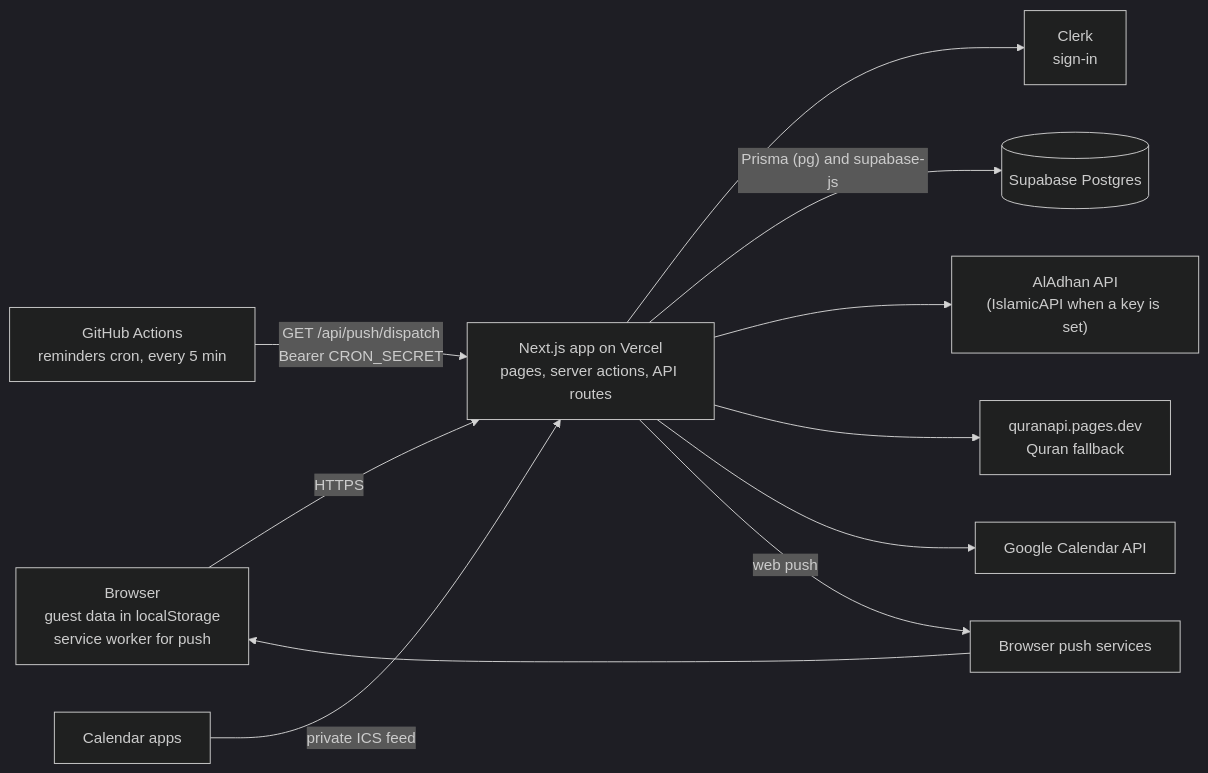
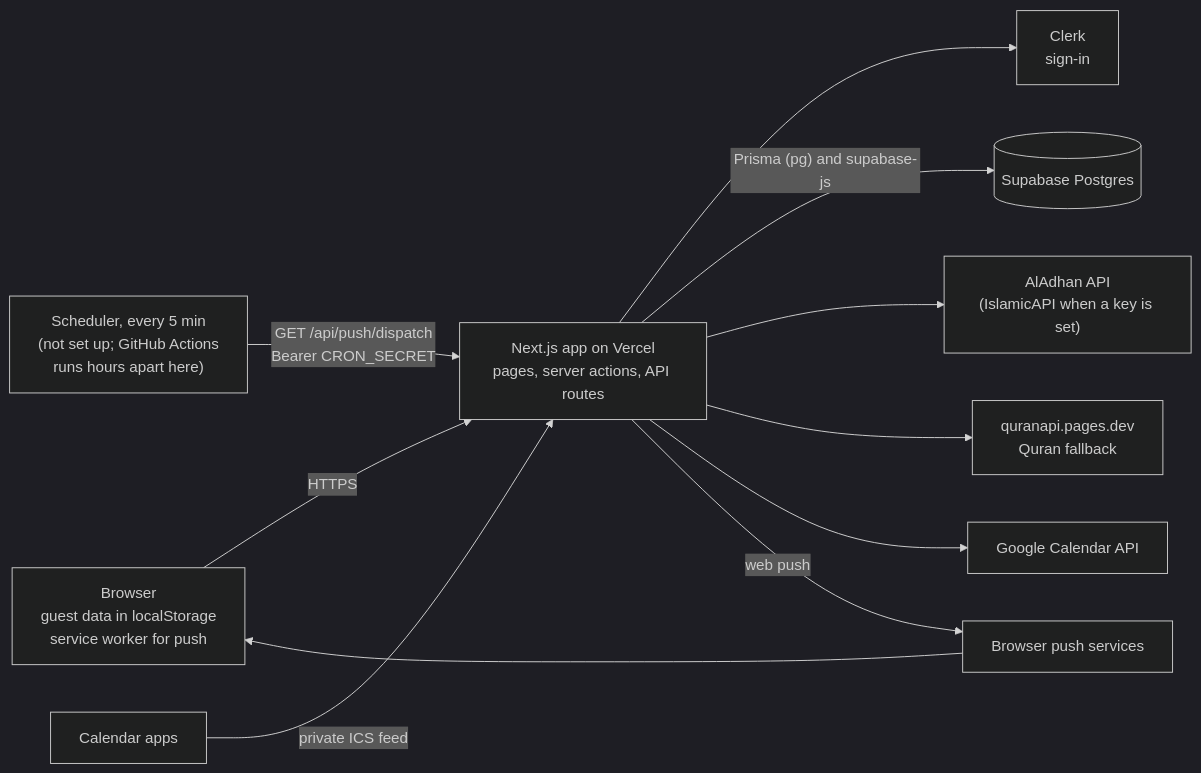
The diagram in README.md (tahmidbintaslim/Ramadan-Planner), drawn with Mermaid (dark theme) before and after one commit. The commit also changed other lines of this file and 3 other files, not shown here.

````diff
--- a/README.md
+++ b/README.md
@@ -48,23 +48,23 @@
 ```mermaid
 flowchart LR
   browser["Browser<br/>guest data in localStorage<br/>service worker for push"]
   app["Next.js app on Vercel<br/>pages, server actions, API routes"]
   clerk["Clerk<br/>sign-in"]
   db[("Supabase Postgres")]
   prayer["AlAdhan API<br/>(IslamicAPI when a key is set)"]
   quran["quranapi.pages.dev<br/>Quran fallback"]
   google["Google Calendar API"]
-  cron["GitHub Actions<br/>reminders cron, every 5 min"]
+  cron["Scheduler, every 5 min<br/>(not set up; GitHub Actions<br/>runs hours apart here)"]
   pushsvc["Browser push services"]
   calapps["Calendar apps"]
 
   browser -->|HTTPS| app
   app --> clerk
   app -->|"Prisma (pg) and supabase-js"| db
   app --> prayer
   app --> quran
   app --> google
   cron -->|"GET /api/push/dispatch<br/>Bearer CRON_SECRET"| app
   app -->|web push| pushsvc --> browser
   calapps -->|private ICS feed| app
 ```
````
